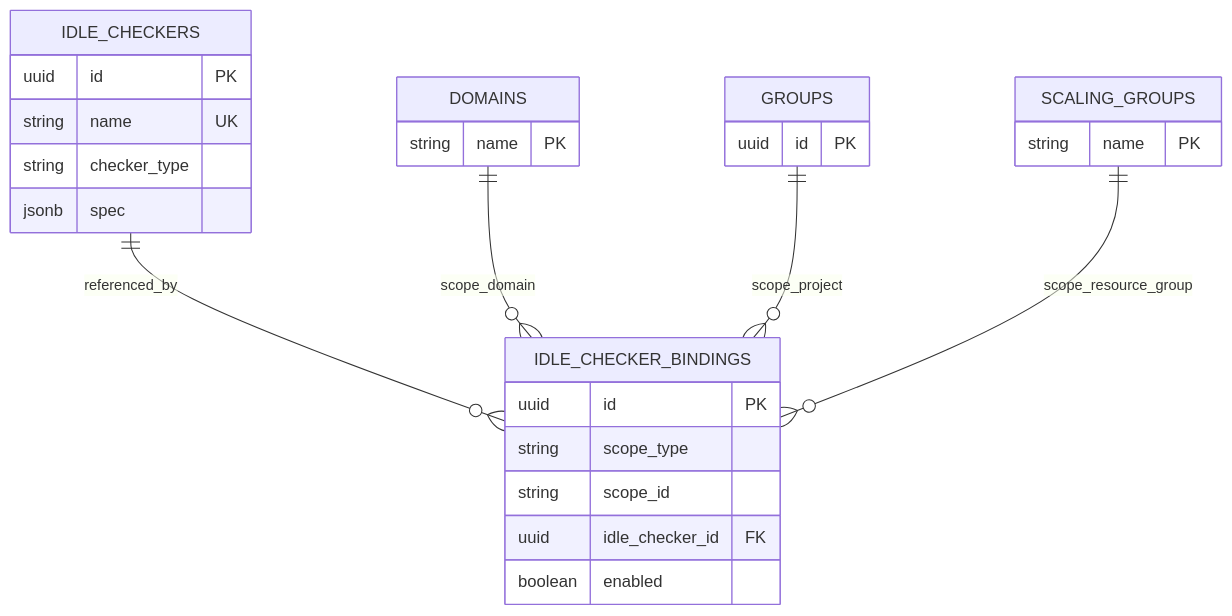
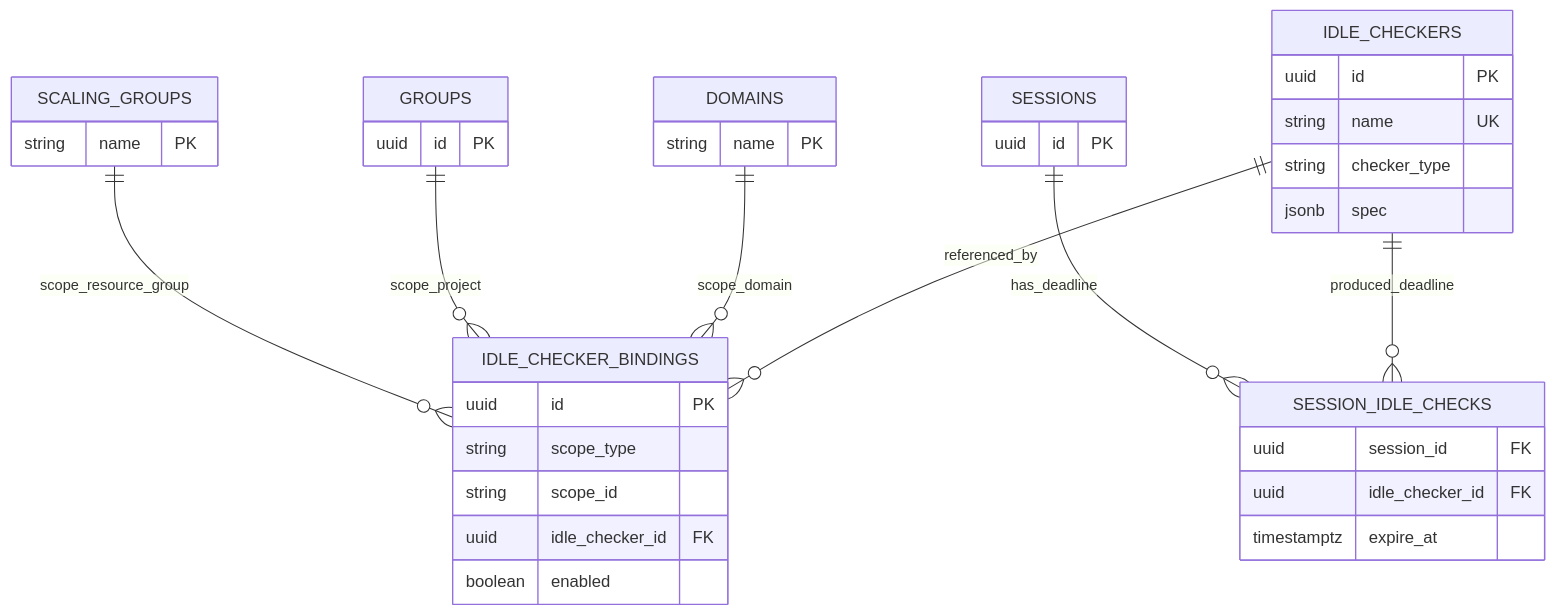
Before and after one commit to lablup/backend.ai: the first of 2 diagrams in proposals/BEP-1054-reconciler-based-idle-checker.md, drawn with Mermaid. The commit also changed other lines of this file, not shown here.

First line of the commit message:
docs(BA-6908): update BEP-1054 with DB-backed idle deadlines and refresh/sweep split

````diff
--- a/proposals/BEP-1054-reconciler-based-idle-checker.md
+++ b/proposals/BEP-1054-reconciler-based-idle-checker.md
@@ -107,24 +121,32 @@
 ```mermaid
 erDiagram
     IDLE_CHECKERS {
         uuid id PK
         string name UK
         string checker_type
         jsonb spec
     }
     IDLE_CHECKER_BINDINGS {
         uuid id PK
         string scope_type
         string scope_id
         uuid idle_checker_id FK
         boolean enabled
     }
+    SESSION_IDLE_CHECKS {
+        uuid session_id FK
+        uuid idle_checker_id FK
+        timestamptz expire_at
+    }
     DOMAINS { string name PK }
     GROUPS { uuid id PK }
     SCALING_GROUPS { string name PK }
+    SESSIONS { uuid id PK }
 
     IDLE_CHECKERS ||--o{ IDLE_CHECKER_BINDINGS : referenced_by
     DOMAINS ||--o{ IDLE_CHECKER_BINDINGS : scope_domain
     GROUPS ||--o{ IDLE_CHECKER_BINDINGS : scope_project
     SCALING_GROUPS ||--o{ IDLE_CHECKER_BINDINGS : scope_resource_group
+    IDLE_CHECKERS ||--o{ SESSION_IDLE_CHECKS : produced_deadline
+    SESSIONS ||--o{ SESSION_IDLE_CHECKS : has_deadline
 ```
````
